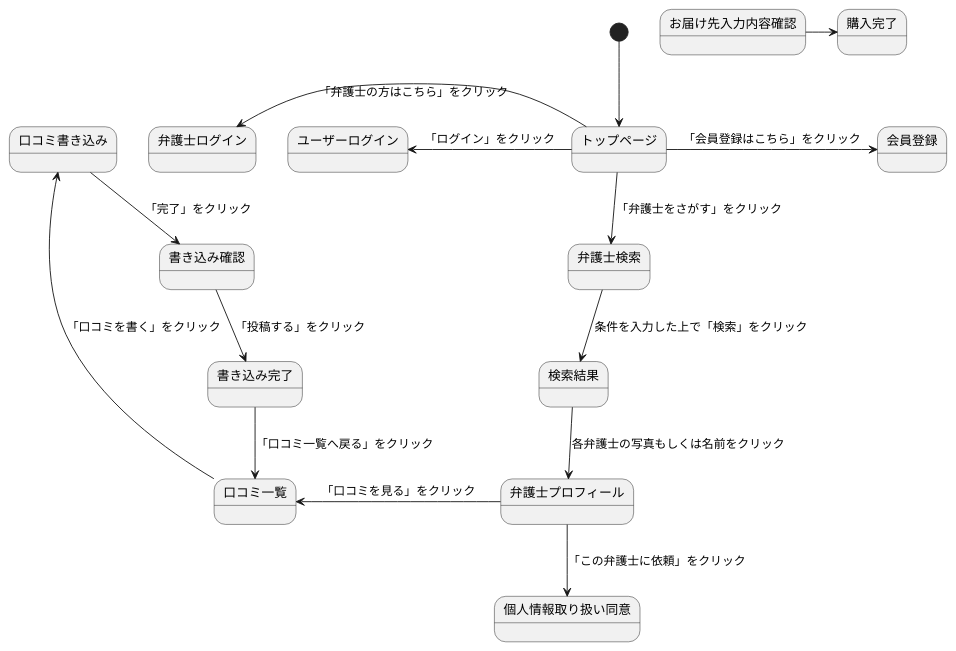
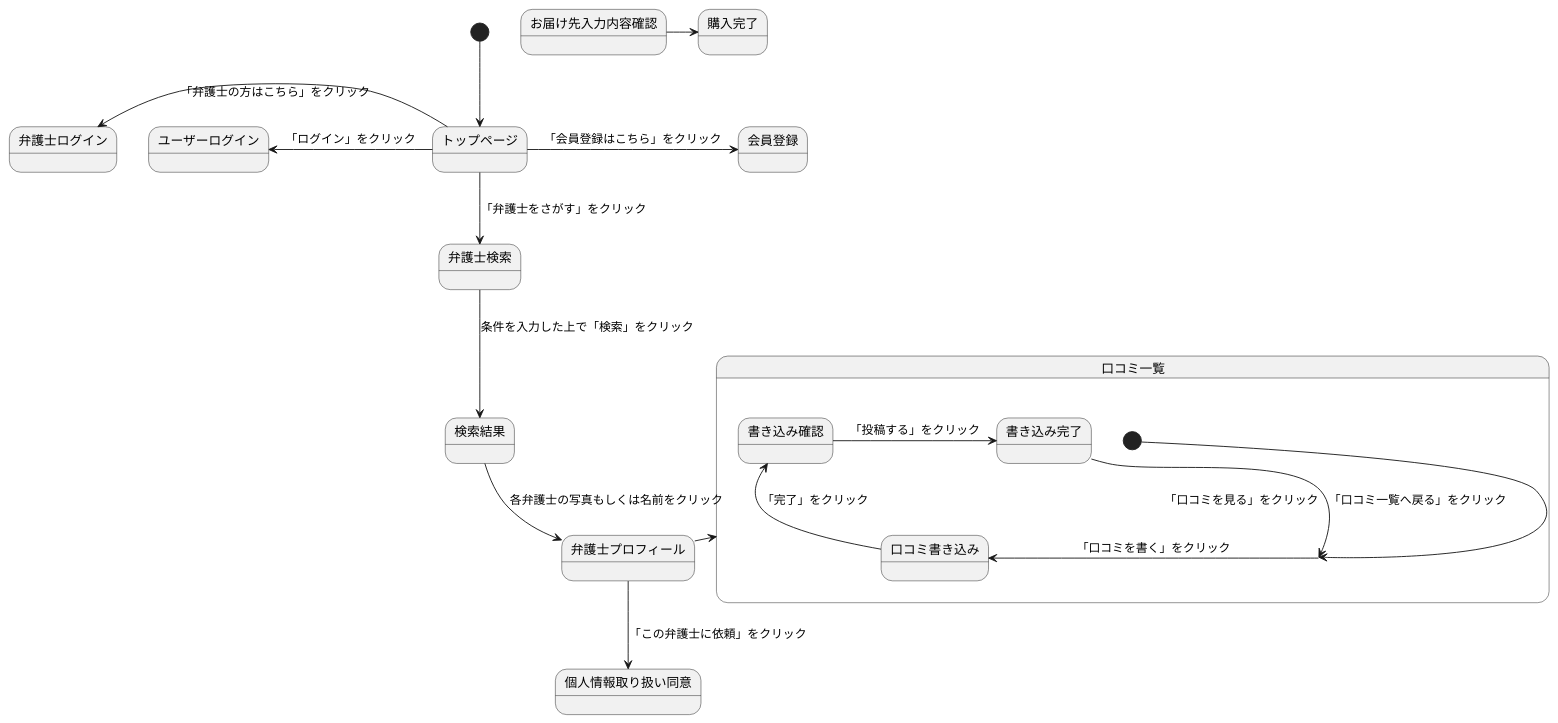
Before and after one commit to Aso2001374/2021sys-design: the diagram in 0524kadai.md, drawn with PlantUML.

````diff
--- a/0524kadai.md
+++ b/0524kadai.md
@@ -1,18 +1,21 @@
 ```uml
 @startuml
 [*] --> トップページ
 トップページ -> 会員登録:「会員登録はこちら」をクリック
 トップページ -left-> ユーザーログイン:「ログイン」をクリック
 トップページ -left-> 弁護士ログイン:「弁護士の方はこちら」をクリック
 トップページ --> 弁護士検索:「弁護士をさがす」をクリック
 弁護士検索 --> 検索結果: 条件を入力した上で「検索」をクリック
 検索結果 --> 弁護士プロフィール: 各弁護士の写真もしくは名前をクリック
 弁護士プロフィール -left-> 口コミ一覧:「口コミを見る」をクリック
 弁護士プロフィール --> 個人情報取り扱い同意:「この弁護士に依頼」をクリック
+state 口コミ一覧{
+[*] --> 口コミ一覧
 口コミ一覧 -left-> 口コミ書き込み:「口コミを書く」をクリック
-口コミ書き込み --> 書き込み確認:「完了」をクリック
-書き込み確認 --> 書き込み完了:「投稿する」をクリック
-書き込み完了 --> 口コミ一覧:「口コミ一覧へ戻る」をクリック
+口コミ書き込み -up-> 書き込み確認:「完了」をクリック
+書き込み確認 -right-> 書き込み完了:「投稿する」をクリック
+書き込み完了 -down-> 口コミ一覧:「口コミ一覧へ戻る」をクリック
+}
 お届け先入力内容確認 -> 購入完了
 @enduml
 ```
````
